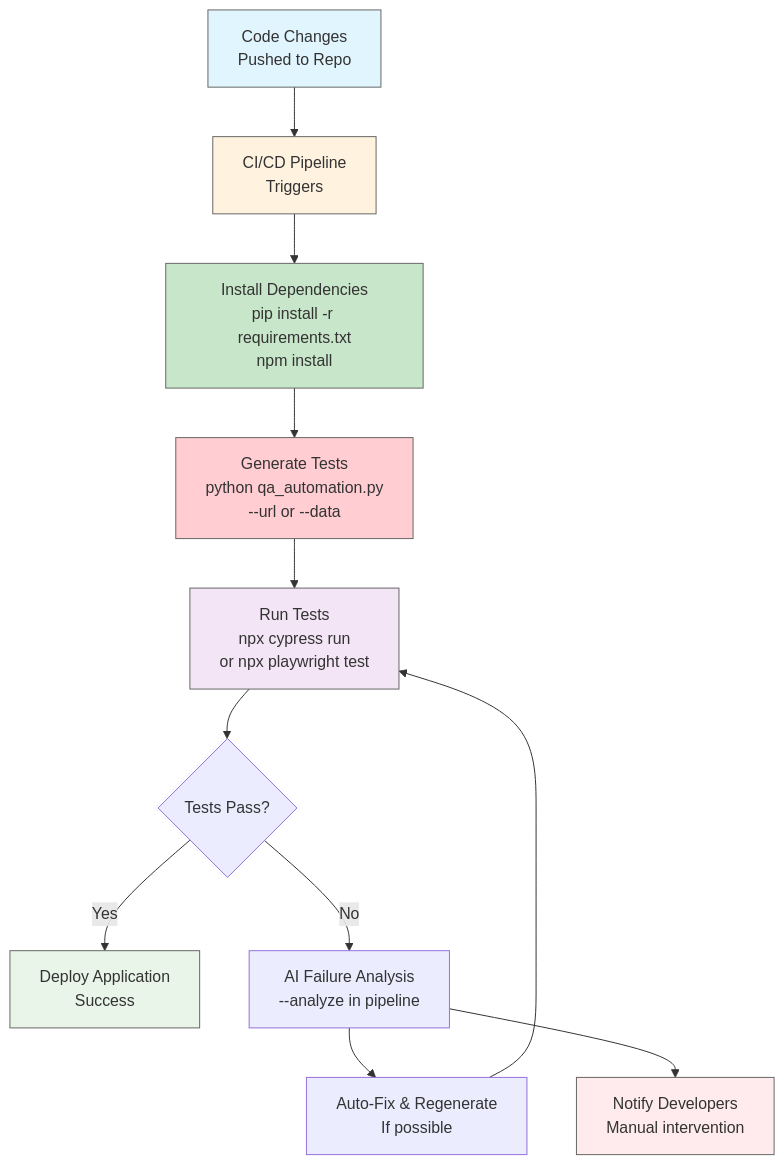
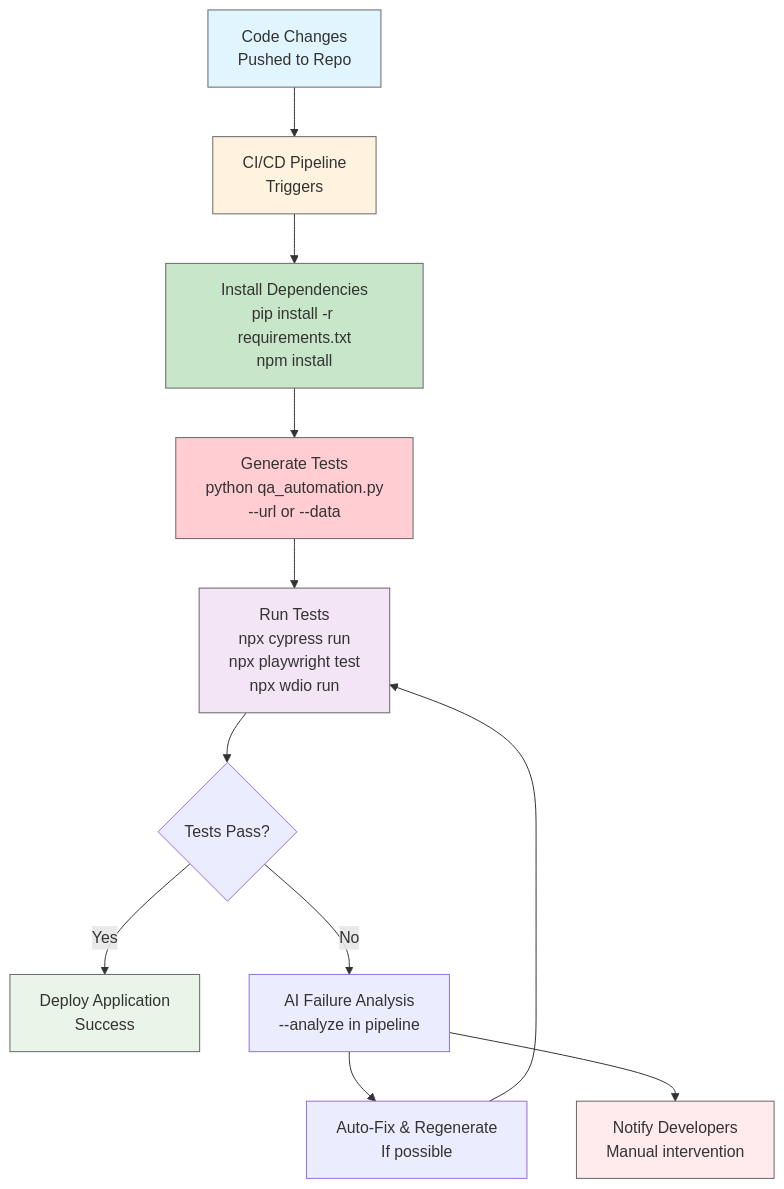
One commit to aiqualitylab/ai-natural-language-tests changed the third of 3 diagrams in README.md. Above: the diagram before and after it, drawn with Mermaid. The commit also changed other lines of this file and 15 other files, not shown here.

````diff
--- a/README.md
+++ b/README.md
@@ -468,21 +495,21 @@
 ```mermaid
 flowchart TD
     A[Code Changes<br/>Pushed to Repo] --> B[CI/CD Pipeline<br/>Triggers]
     B --> C[Install Dependencies<br/>pip install -r requirements.txt<br/>npm install]
     C --> D[Generate Tests<br/>python qa_automation.py<br/>--url or --data]
-    D --> E[Run Tests<br/>npx cypress run<br/>or npx playwright test]
+    D --> E[Run Tests<br/>npx cypress run<br/>npx playwright test<br/>npx wdio run]
     E --> F{Tests Pass?}
     F -->|Yes| G[Deploy Application<br/>Success]
     F -->|No| H[AI Failure Analysis<br/>--analyze in pipeline]
     H --> I[Auto-Fix & Regenerate<br/>If possible]
     I --> E
     H --> J[Notify Developers<br/>Manual intervention]
 
     style A fill:#e1f5fe,color:#333333,stroke:#666666
     style B fill:#fff3e0,color:#333333,stroke:#666666
     style C fill:#c8e6c9,color:#333333,stroke:#666666
     style D fill:#ffcdd2,color:#333333,stroke:#666666
     style E fill:#f3e5f5,color:#333333,stroke:#666666
     style G fill:#e8f5e8,color:#333333,stroke:#666666
     style J fill:#ffebee,color:#333333,stroke:#666666
 ```
````
